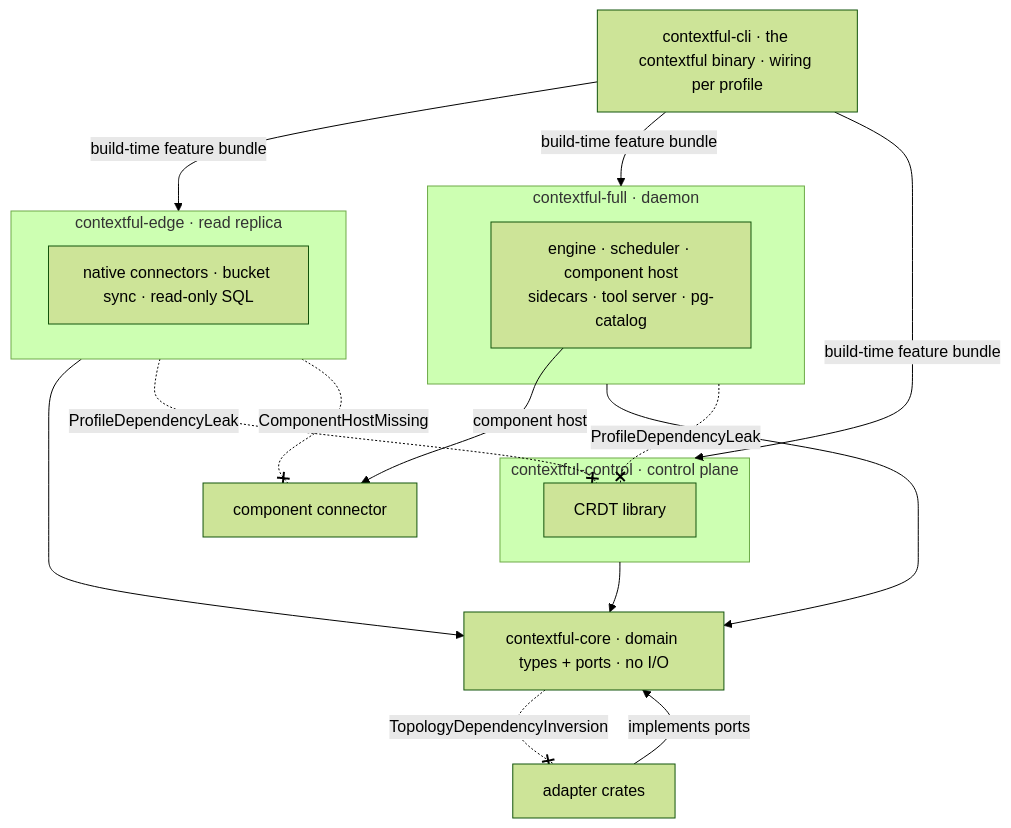
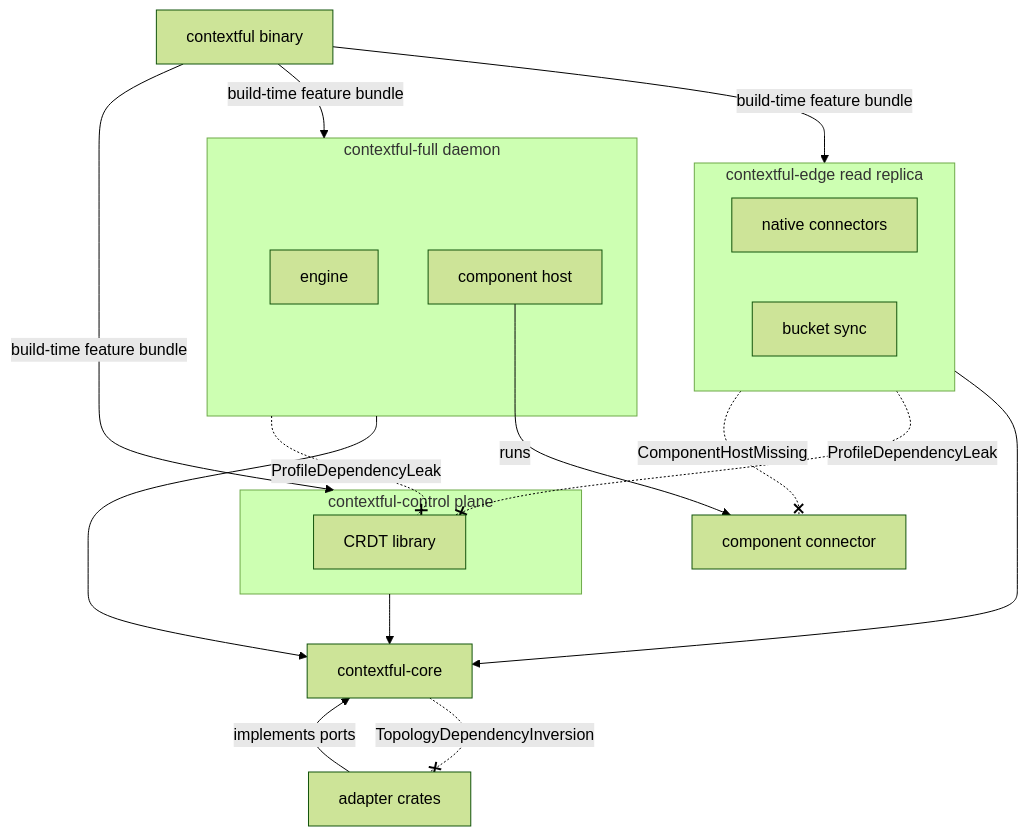
Before and after one commit to fractalboxdev/contextful: the second of 5 diagrams in spec/01-topology.md, drawn with Mermaid (forest theme). The commit also changed other lines of this file and 24 other files, not shown here.

First line of the commit message:
spec: every flowchart draws one entity or process per node

````diff
--- a/spec/01-topology.md
+++ b/spec/01-topology.md
@@ -113,26 +113,28 @@
 ```mermaid
 flowchart TD
-  CLI["contextful-cli · the contextful binary · wiring per profile"]
-  CORE["contextful-core · domain types + ports · no I/O"]
+  CLI["contextful binary"]
+  CORE["contextful-core"]
   ADAPT["adapter crates"]
   COMP["component connector"]
 
-  subgraph EDGE["contextful-edge · read replica"]
-    NATIVE["native connectors · bucket sync · read-only SQL"]
+  subgraph EDGE["contextful-edge read replica"]
+    NATIVE["native connectors"]
+    SYNC["bucket sync"]
   end
-  subgraph FULL["contextful-full · daemon"]
-    DAEMON["engine · scheduler · component host<br/>sidecars · tool server · pg-catalog"]
+  subgraph FULL["contextful-full daemon"]
+    ENGINE["engine"]
+    HOST["component host"]
   end
-  subgraph CTRL["contextful-control · control plane"]
+  subgraph CTRL["contextful-control plane"]
     CRDT["CRDT library"]
   end
 
   CLI -- "build-time feature bundle" --> EDGE & FULL & CTRL
   EDGE & FULL & CTRL --> CORE
   ADAPT -- "implements ports" --> CORE
   CORE -. "TopologyDependencyInversion" .-x ADAPT
   EDGE -. "ProfileDependencyLeak" .-x CRDT
   FULL -. "ProfileDependencyLeak" .-x CRDT
   EDGE -. "ComponentHostMissing" .-x COMP
-  DAEMON -- "component host" --> COMP
+  HOST -- "runs" --> COMP
 ```
````
